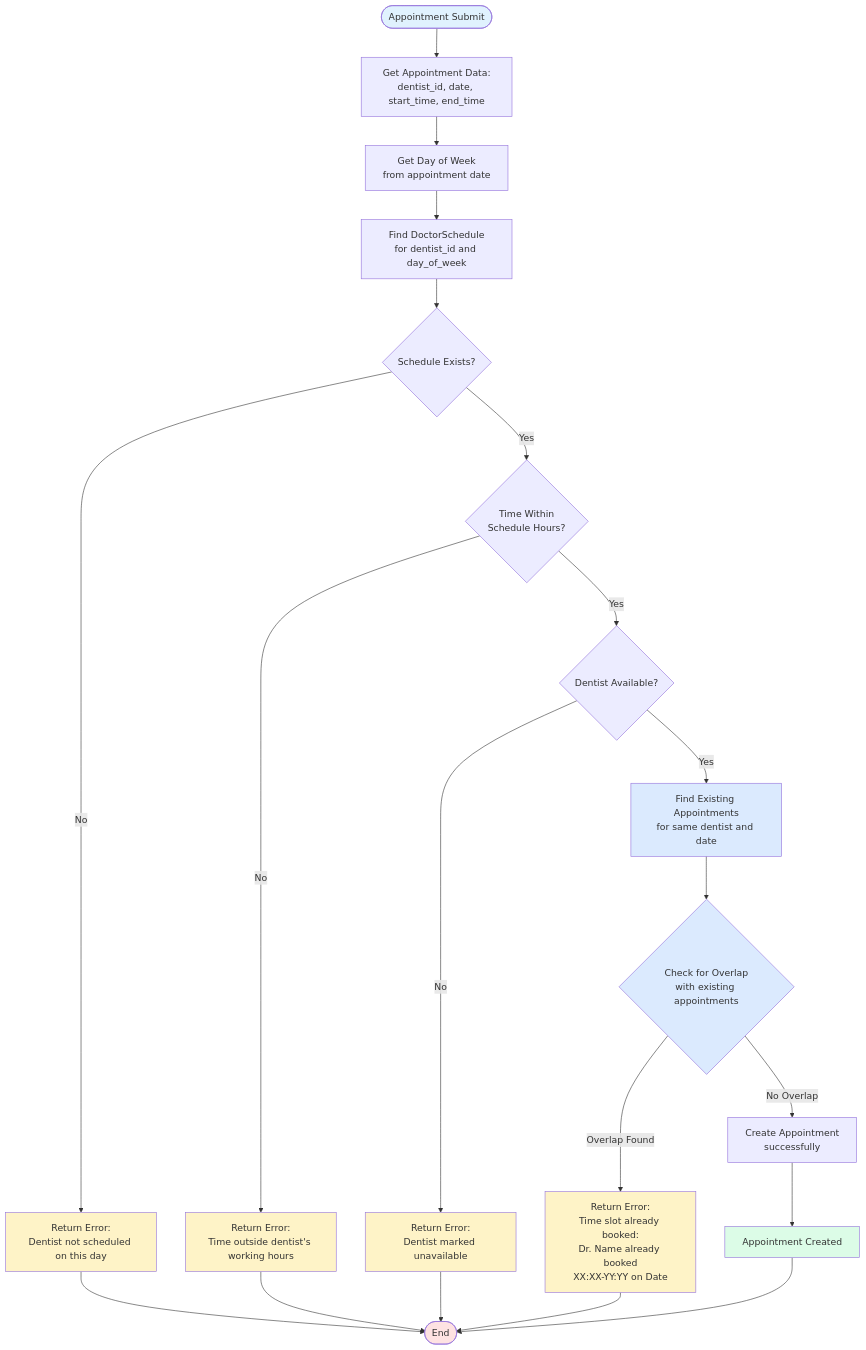
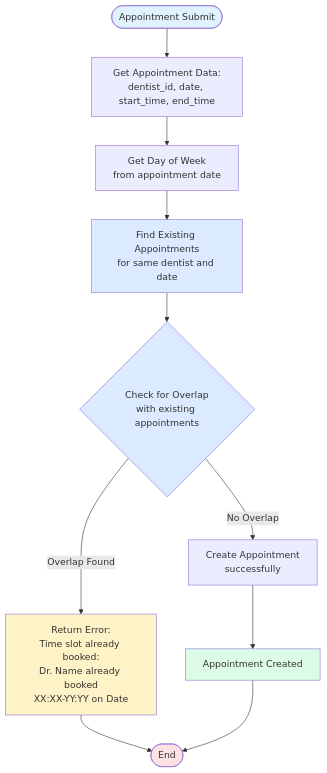
Before and after one commit to TjayAmit/clinic-management: the fifth of 7 diagrams in .windsurf/plans/system-flow-chart.md, drawn with Mermaid. The commit also changed other lines of this file and 31 other files, not shown here.

First line of the commit message:
refactor(scheduling): remove doctor schedule feature

````diff
--- a/.windsurf/plans/system-flow-chart.md
+++ b/.windsurf/plans/system-flow-chart.md
@@ -349,39 +341,23 @@
 ```mermaid
 flowchart TD
     Start([Appointment Submit]) --> GetInputs[Get Appointment Data:<br/>dentist_id, date, start_time, end_time]
     GetInputs --> GetDayOfWeek[Get Day of Week<br/>from appointment date]
     
-    GetDayOfWeek --> FindSchedule[Find DoctorSchedule<br/>for dentist_id and day_of_week]
-    FindSchedule --> ScheduleExists{Schedule Exists?}
-    
-    ScheduleExists -->|No| ScheduleError[Return Error:<br/>Dentist not scheduled on this day]
-    ScheduleExists -->|Yes| CheckHours{Time Within<br/>Schedule Hours?}
-    
-    CheckHours -->|No| HoursError[Return Error:<br/>Time outside dentist's working hours]
-    CheckHours -->|Yes| CheckAvailability{Dentist Available?}
-    
-    CheckAvailability -->|No| UnavailableError[Return Error:<br/>Dentist marked unavailable]
-    CheckAvailability -->|Yes| FindExisting[Find Existing Appointments<br/>for same dentist and date]
+    GetDayOfWeek --> FindExisting[Find Existing Appointments<br/>for same dentist and date]
     
     FindExisting --> CheckOverlap{Check for Overlap<br/>with existing appointments}
     
     CheckOverlap -->|Overlap Found| ConflictError[Return Error:<br/>Time slot already booked:<br/>Dr. Name already booked<br/>XX:XX-YY:YY on Date]
     CheckOverlap -->|No Overlap| CreateAppt[Create Appointment<br/>successfully]
     
-    ScheduleError --> End([End])
-    HoursError --> End
-    UnavailableError --> End
-    ConflictError --> End
+    ConflictError --> End([End])
     CreateAppt --> Success[Appointment Created]
     Success --> End
     
     style Start fill:#e0f2fe
     style End fill:#fee2e2
-    style ScheduleError fill:#fef3c7
-    style HoursError fill:#fef3c7
-    style UnavailableError fill:#fef3c7
     style ConflictError fill:#fef3c7
     style Success fill:#dcfce7
     style FindExisting fill:#dbeafe
     style CheckOverlap fill:#dbeafe
 ```
````
